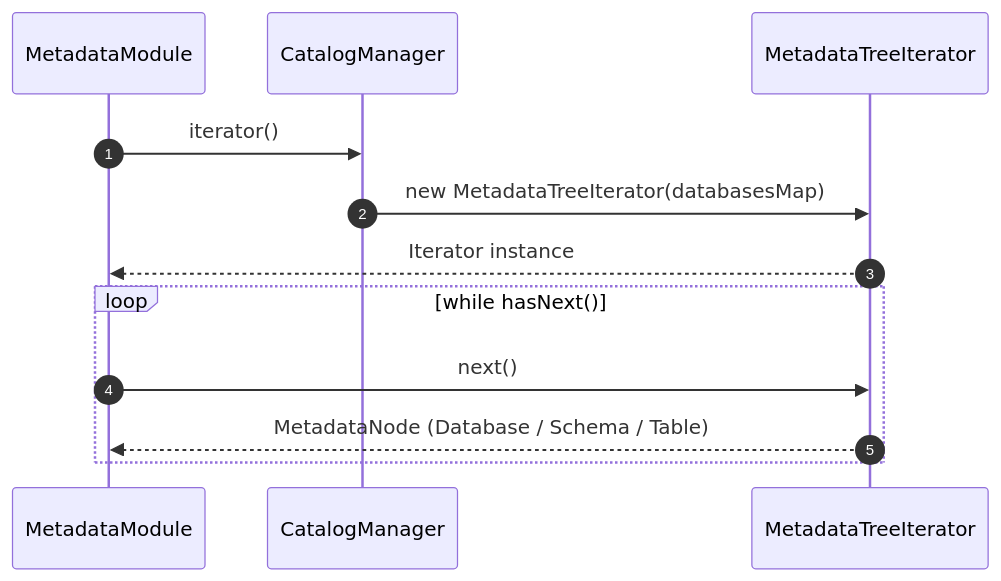
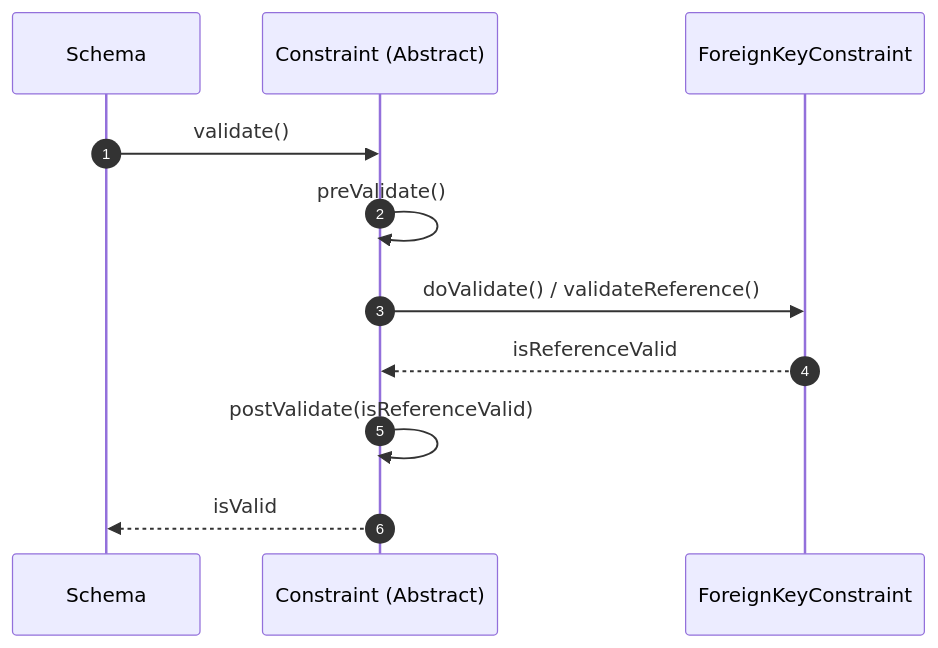
Before and after one commit to Dikhang1112/Database_Management_BBV: diagram 12 of 15 in docs/design_patterns/metadata/Sequece.md, drawn with Mermaid. The commit also changed other lines of this file and 2 other files, not shown here.

Commit message:
Refactor class diagram follow desgin pattern and document

````diff
--- a/docs/design_patterns/metadata/Sequece.md
+++ b/docs/design_patterns/metadata/Sequece.md
@@ -345,16 +286,14 @@
 ```mermaid
 sequenceDiagram
     autonumber
-    participant Module as MetadataModule
-    participant CM as CatalogManager
-    participant Iter as MetadataTreeIterator
+    participant Schema as Schema
+    participant Base as Constraint (Abstract)
+    participant Sub as ForeignKeyConstraint
 
-    Module->>CM: iterator()
-    CM->>Iter: new MetadataTreeIterator(databasesMap)
-    Iter-->>Module: Iterator instance
-
-    loop while hasNext()
-        Module->>Iter: next()
-        Iter-->>Module: MetadataNode (Database / Schema / Table)
-    end
+    Schema->>Base: validate()
+    Base->>Base: preValidate()
+    Base->>Sub: doValidate() / validateReference()
+    Sub-->>Base: isReferenceValid
+    Base->>Base: postValidate(isReferenceValid)
+    Base-->>Schema: isValid
 ```
````
